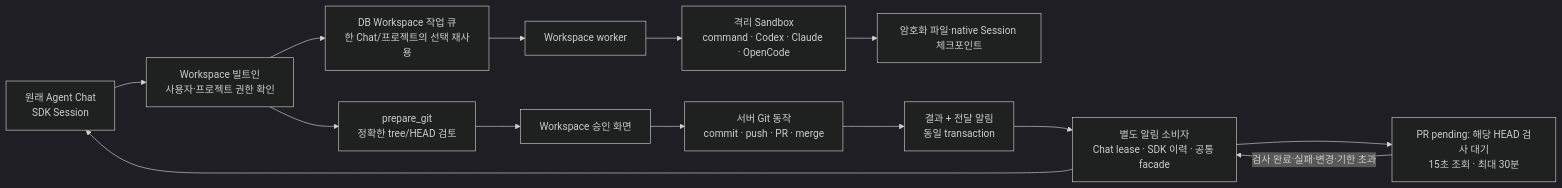
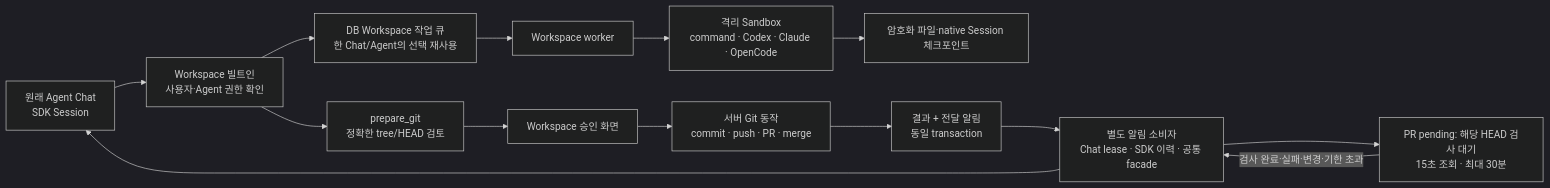
One commit to opspresso/agent-studio changed the ninth of 9 diagrams in docs/DIAGRAMS.md. Above: the diagram before and after it, drawn with Mermaid (dark theme). The commit also changed other lines of this file and 25 other files, not shown here.

````diff
--- a/docs/DIAGRAMS.md
+++ b/docs/DIAGRAMS.md
@@ -303,16 +303,16 @@
 ```mermaid
 flowchart LR
-  chat["원래 Agent Chat<br/>SDK Session"] --> tool["Workspace 빌트인<br/>사용자·프로젝트 권한 확인"]
-  tool --> queue["DB Workspace 작업 큐<br/>한 Chat/프로젝트의 선택 재사용"]
+  chat["원래 Agent Chat<br/>SDK Session"] --> tool["Workspace 빌트인<br/>사용자·Agent 권한 확인"]
+  tool --> queue["DB Workspace 작업 큐<br/>한 Chat/Agent의 선택 재사용"]
   queue --> worker["Workspace worker"]
   worker --> sandbox["격리 Sandbox<br/>command · Codex · Claude · OpenCode"]
   sandbox --> checkpoint["암호화 파일·native Session 체크포인트"]
   tool --> review["prepare_git<br/>정확한 tree/HEAD 검토"]
   review --> approval["Workspace 승인 화면"]
   approval --> git["서버 Git 동작<br/>commit · push · PR · merge"]
   git --> saved["결과 + 전달 알림<br/>동일 transaction"]
   saved --> resume["별도 알림 소비자<br/>Chat lease · SDK 이력 · 공통 facade"]
   resume --> chat
   resume --> ci["PR pending: 해당 HEAD 검사 대기<br/>15초 조회 · 최대 30분"]
   ci -->|"검사 완료·실패·변경·기한 초과"| resume
 ```
````
